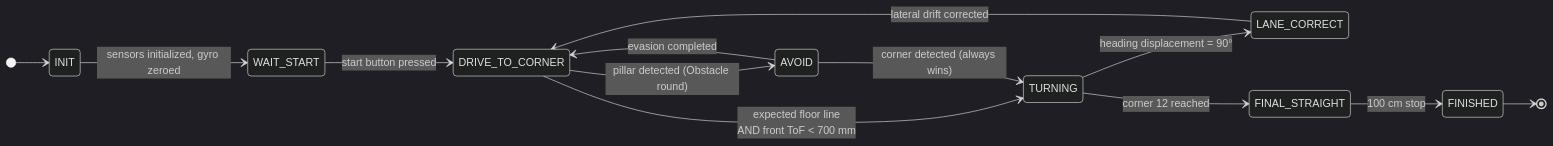
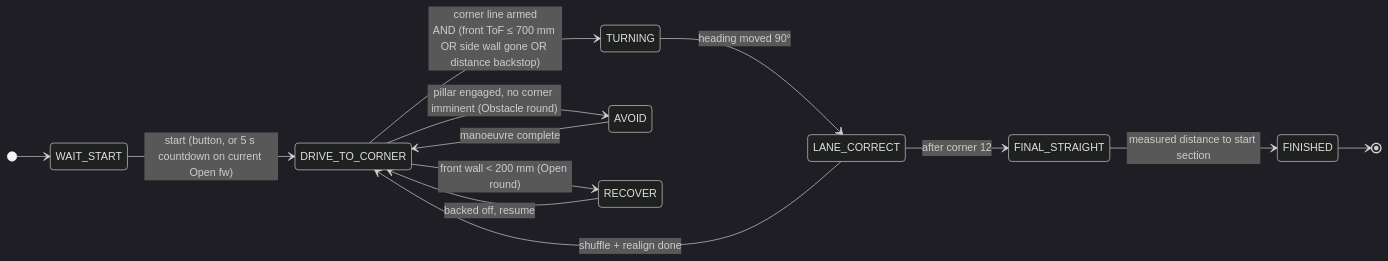
Before and after one commit to ShammanRahin/WRO_TeamBluePrint: the second of 3 diagrams in README.md, drawn with Mermaid (dark theme). The commit also changed other lines of this file and 31 other files, not shown here.

````diff
--- a/README.md
+++ b/README.md
@@ -215,16 +235,16 @@
 ```mermaid
 stateDiagram-v2
     direction LR
-    [*] --> INIT
-    INIT --> WAIT_START : sensors initialized, gyro zeroed
-    WAIT_START --> DRIVE_TO_CORNER : start button pressed
-    DRIVE_TO_CORNER --> TURNING : expected floor line<br/>AND front ToF < 700 mm
-    DRIVE_TO_CORNER --> AVOID : pillar detected (Obstacle round)
-    AVOID --> DRIVE_TO_CORNER : evasion completed
-    AVOID --> TURNING : corner detected (always wins)
-    TURNING --> LANE_CORRECT : heading displacement = 90°
-    LANE_CORRECT --> DRIVE_TO_CORNER : lateral drift corrected
-    TURNING --> FINAL_STRAIGHT : corner 12 reached
-    FINAL_STRAIGHT --> FINISHED : 100 cm stop
+    [*] --> WAIT_START
+    WAIT_START --> DRIVE_TO_CORNER : start (button, or 5 s countdown on current Open fw)
+    DRIVE_TO_CORNER --> TURNING : corner line armed<br/>AND (front ToF ≤ 700 mm OR side wall gone OR distance backstop)
+    DRIVE_TO_CORNER --> AVOID : pillar engaged, no corner imminent (Obstacle round)
+    AVOID --> DRIVE_TO_CORNER : manoeuvre complete
+    TURNING --> LANE_CORRECT : heading moved 90°
+    LANE_CORRECT --> DRIVE_TO_CORNER : shuffle + realign done
+    LANE_CORRECT --> FINAL_STRAIGHT : after corner 12
+    FINAL_STRAIGHT --> FINISHED : measured distance to start section
+    DRIVE_TO_CORNER --> RECOVER : front wall < 200 mm (Open round)
+    RECOVER --> DRIVE_TO_CORNER : backed off, resume
     FINISHED --> [*]
 ```
````
